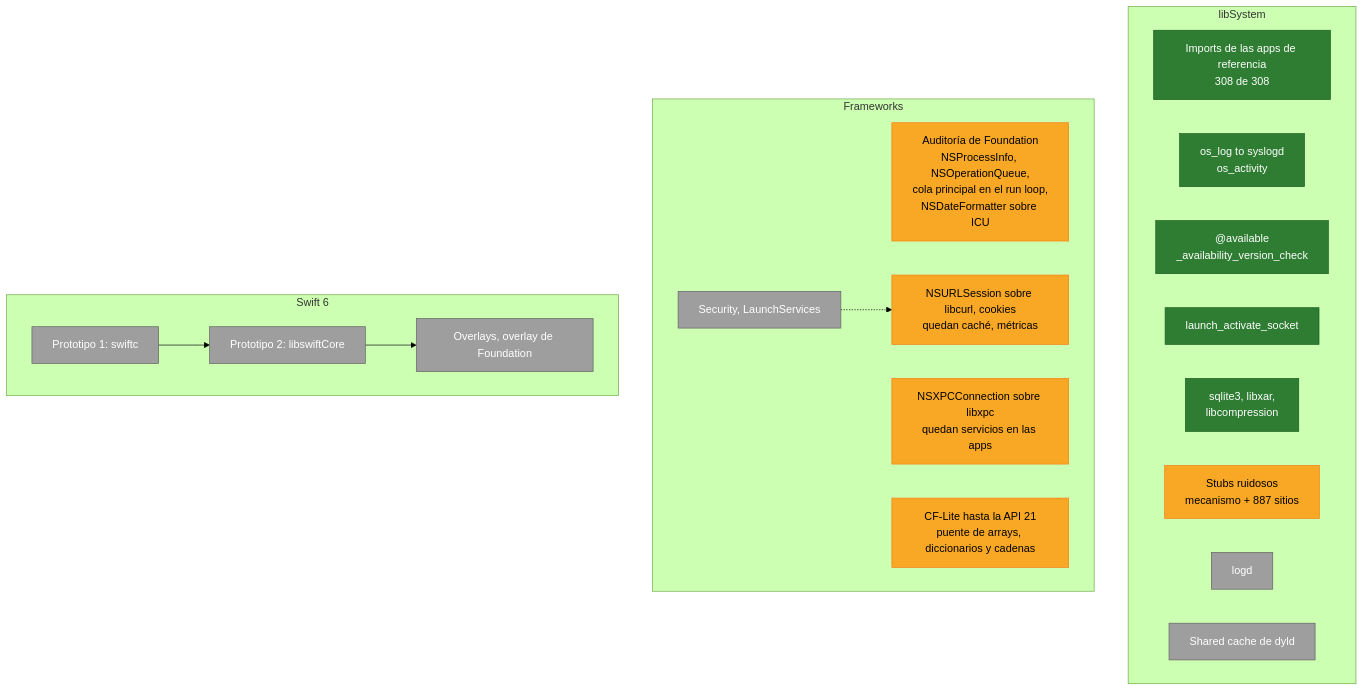
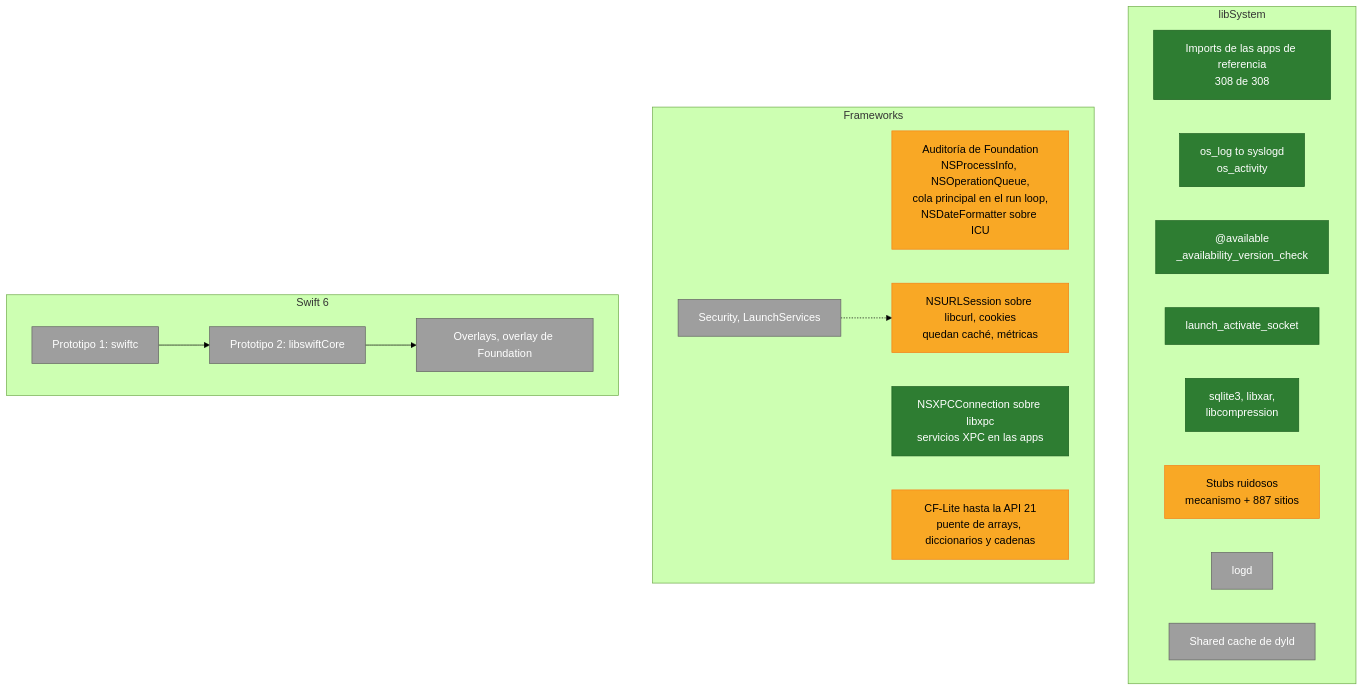
The second of 4 diagrams in Docs/Progress.es.md (minkaros/minkar), drawn with Mermaid (forest theme) before and after one commit. The commit also changed 3 other files, not shown here.

````diff
--- a/Docs/Progress.es.md
+++ b/Docs/Progress.es.md
@@ -37,31 +37,31 @@
 ```mermaid
 flowchart TB
     subgraph LS["libSystem"]
         L1["Imports de las apps de referencia<br/>308 de 308"]:::done
         L2["os_log to syslogd<br/>os_activity"]:::done
         L3["@available<br/>_availability_version_check"]:::done
         L4["launch_activate_socket"]:::done
         L8["sqlite3, libxar,<br/>libcompression"]:::done
         L5["Stubs ruidosos<br/>mecanismo + 887 sitios"]:::partial
         L6["logd"]:::todo
         L7["Shared cache de dyld"]:::todo
     end
     subgraph FW["Frameworks"]
         F1["Auditoría de Foundation<br/>NSProcessInfo, NSOperationQueue,<br/>cola principal en el run loop,<br/>NSDateFormatter sobre ICU"]:::partial
         F2["NSURLSession sobre libcurl, cookies<br/>quedan caché, métricas"]:::partial
-        F5["NSXPCConnection sobre libxpc<br/>quedan servicios en las apps"]:::partial
+        F5["NSXPCConnection sobre libxpc<br/>servicios XPC en las apps"]:::done
         F3["CF-Lite hasta la API 21<br/>puente de arrays, diccionarios y cadenas"]:::partial
         F4["Security, LaunchServices"]:::todo
     end
     subgraph SW["Swift 6"]
         S1["Prototipo 1: swiftc"]:::todo
         S2["Prototipo 2: libswiftCore"]:::todo
         S3["Overlays, overlay de Foundation"]:::todo
     end
     S1 --> S2 --> S3
     F4 -.-> F2
 
     classDef done fill:#2e7d32,stroke:#1b5e20,color:#fff
     classDef partial fill:#f9a825,stroke:#f57f17,color:#000
     classDef todo fill:#9e9e9e,stroke:#616161,color:#fff
 ```
````
